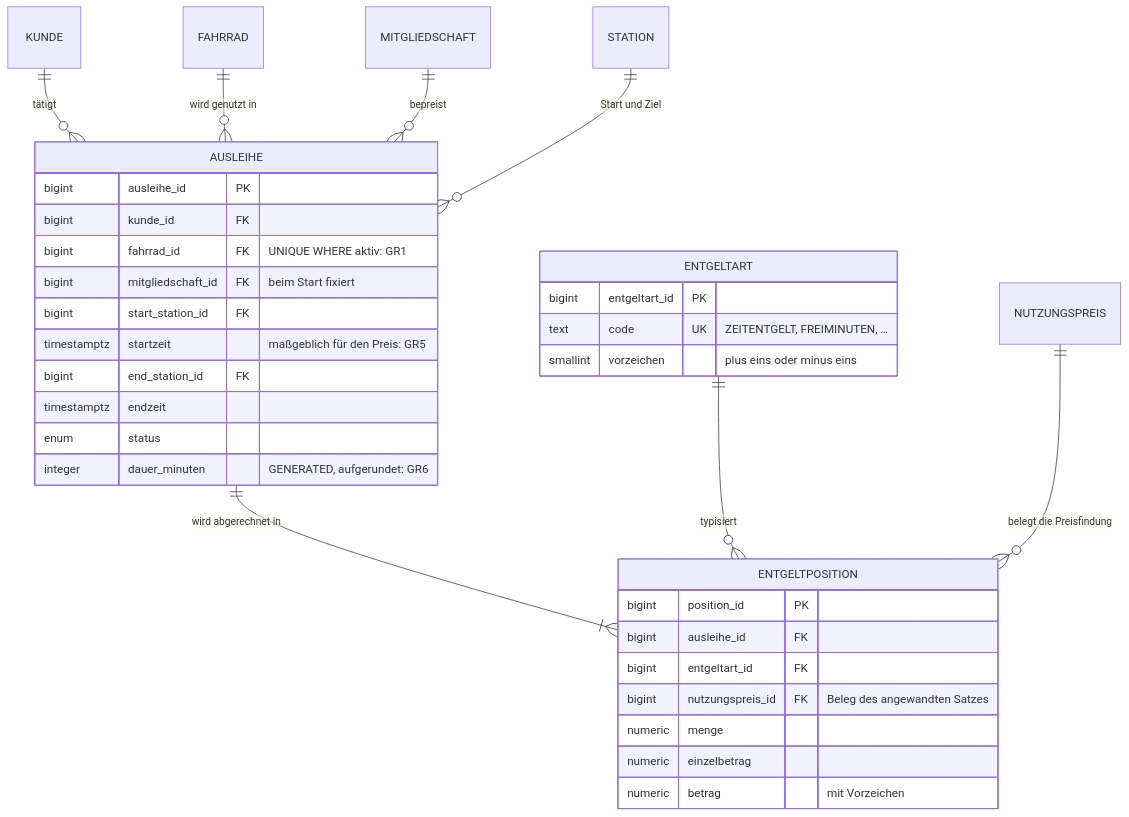
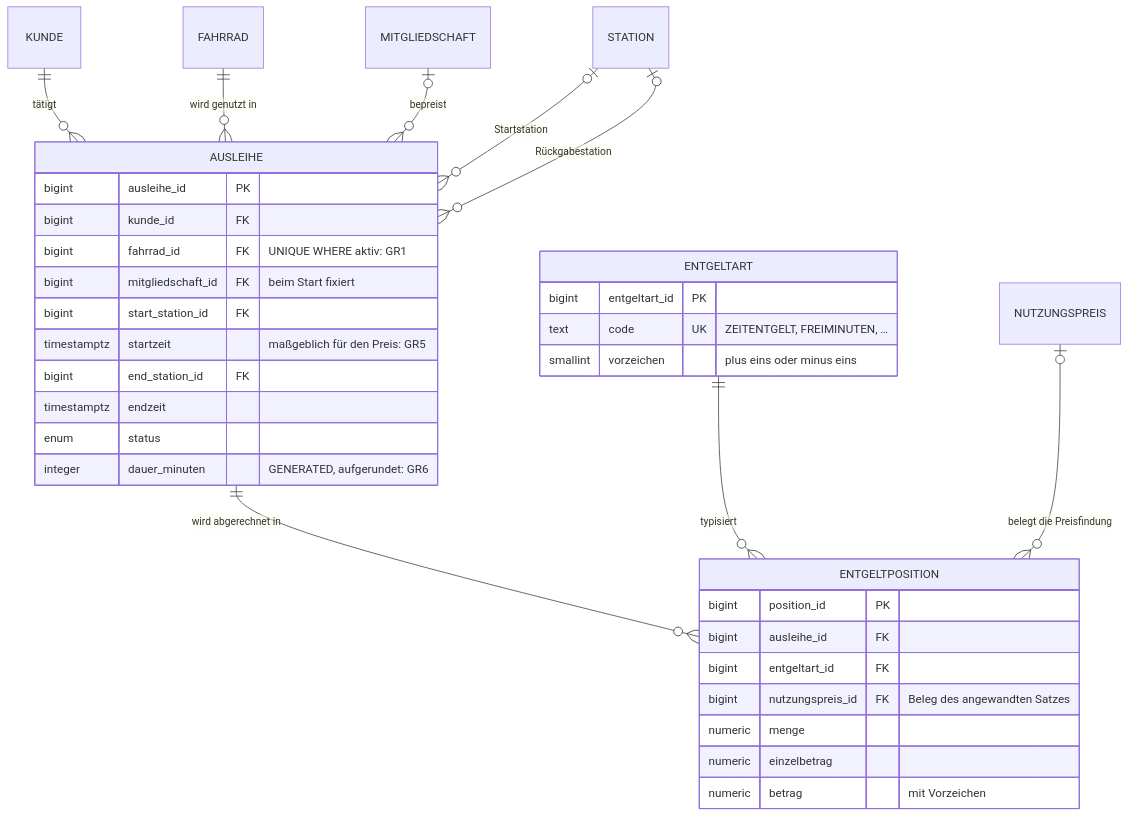
Before and after one commit to swrobuts/velocity-fallstudie: the diagram in doku/datenmodell/erd/rel-d-nutzung.mmd, drawn with Mermaid. The commit also changed 18 other files, not shown here.

```diff
--- a/doku/datenmodell/erd/rel-d-nutzung.mmd
+++ b/doku/datenmodell/erd/rel-d-nutzung.mmd
@@ -1,35 +1,36 @@
 erDiagram
     KUNDE          ||--o{ AUSLEIHE        : "tätigt"
     FAHRRAD        ||--o{ AUSLEIHE        : "wird genutzt in"
-    MITGLIEDSCHAFT ||--o{ AUSLEIHE        : "bepreist"
-    STATION        ||--o{ AUSLEIHE        : "Start und Ziel"
-    AUSLEIHE       ||--|{ ENTGELTPOSITION : "wird abgerechnet in"
+    MITGLIEDSCHAFT |o--o{ AUSLEIHE        : "bepreist"
+    STATION        |o--o{ AUSLEIHE        : "Startstation"
+    STATION        |o--o{ AUSLEIHE        : "Rückgabestation"
+    AUSLEIHE       ||--o{ ENTGELTPOSITION : "wird abgerechnet in"
     ENTGELTART     ||--o{ ENTGELTPOSITION : "typisiert"
-    NUTZUNGSPREIS  ||--o{ ENTGELTPOSITION : "belegt die Preisfindung"
+    NUTZUNGSPREIS  |o--o{ ENTGELTPOSITION : "belegt die Preisfindung"
 
     AUSLEIHE {
         bigint      ausleihe_id       PK
         bigint      kunde_id          FK
         bigint      fahrrad_id        FK "UNIQUE WHERE aktiv: GR1"
         bigint      mitgliedschaft_id FK "beim Start fixiert"
         bigint      start_station_id  FK
         timestamptz startzeit         "maßgeblich für den Preis: GR5"
         bigint      end_station_id    FK
         timestamptz endzeit
         enum        status
         integer     dauer_minuten     "GENERATED, aufgerundet: GR6"
     }
     ENTGELTART {
         bigint   entgeltart_id PK
         text     code          UK "ZEITENTGELT, FREIMINUTEN, …"
         smallint vorzeichen    "plus eins oder minus eins"
     }
     ENTGELTPOSITION {
         bigint  position_id      PK
         bigint  ausleihe_id      FK
         bigint  entgeltart_id    FK
         bigint  nutzungspreis_id FK "Beleg des angewandten Satzes"
         numeric menge
         numeric einzelbetrag
         numeric betrag           "mit Vorzeichen"
     }
```
